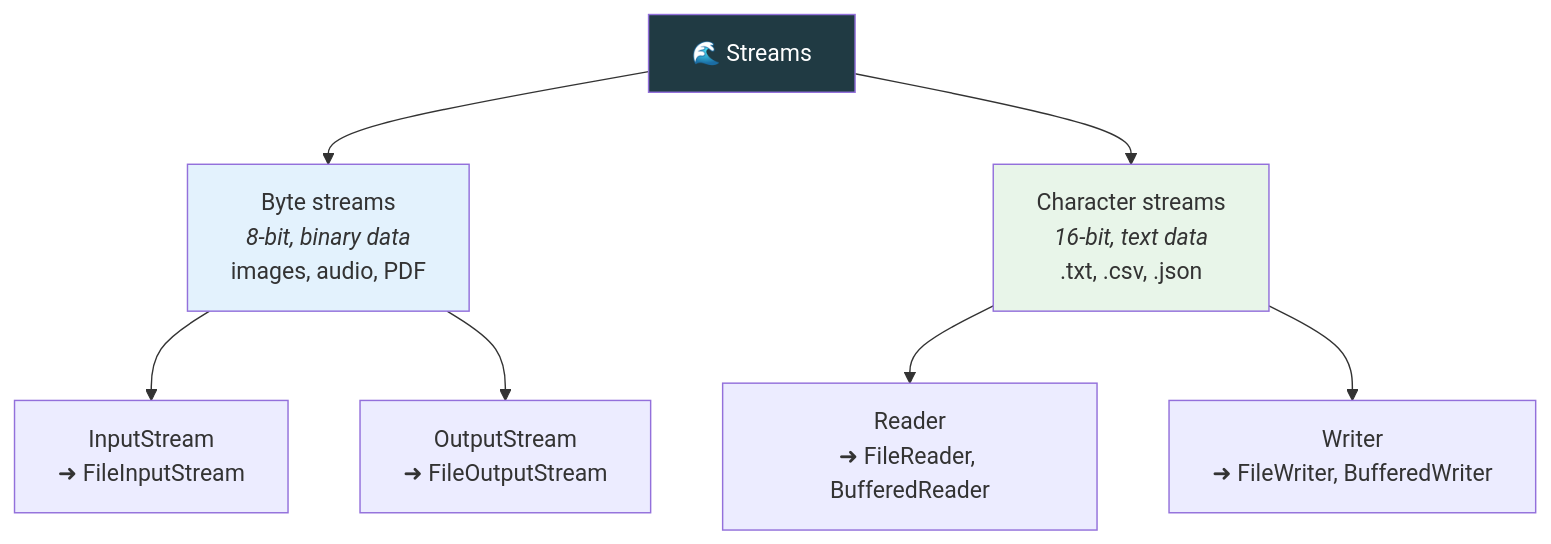
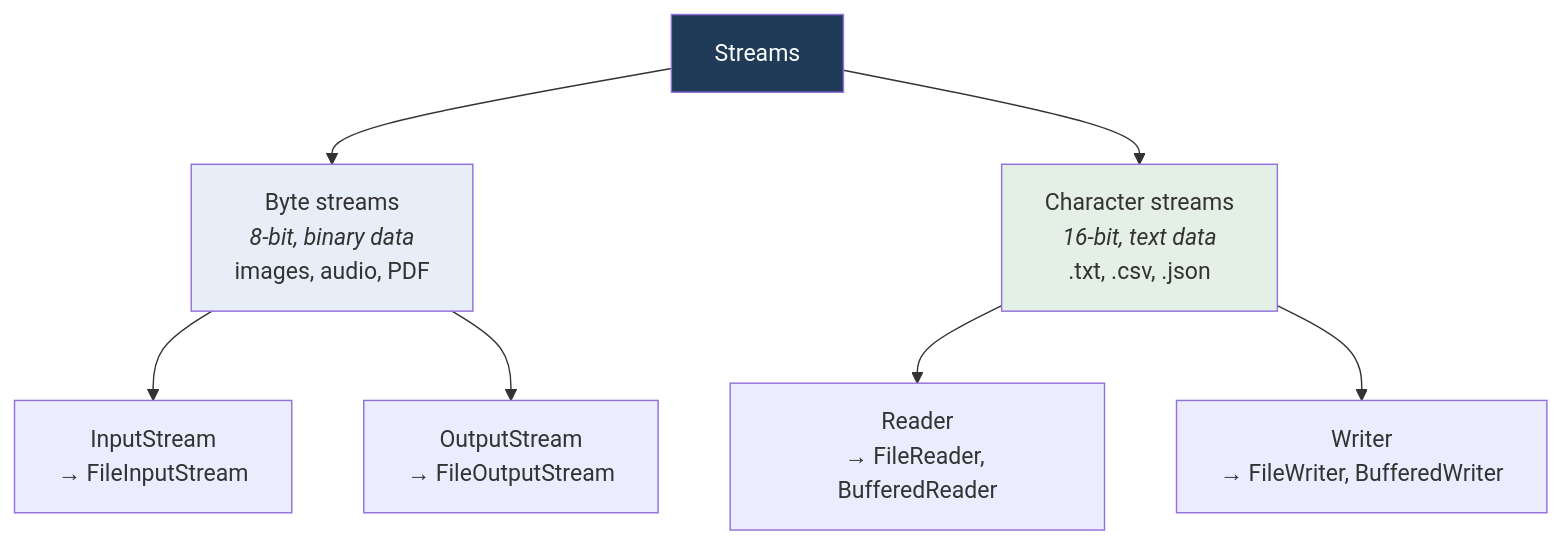
One commit to kundankumarsharma56/Leaning-Java changed the first of 2 diagrams in src/Theory/10-File-Handling/02-Streams.md. Above: the diagram before and after it, drawn with Mermaid. The commit also changed other lines of this file and 84 other files, not shown here.

````diff
--- a/src/Theory/10-File-Handling/02-Streams.md
+++ b/src/Theory/10-File-Handling/02-Streams.md
@@ -21,12 +21,12 @@
 ```mermaid
 flowchart TD
-    S["🌊 Streams"] --> B["Byte streams<br/><i>8-bit, binary data</i><br/>images, audio, PDF"]
+    S["Streams"] --> B["Byte streams<br/><i>8-bit, binary data</i><br/>images, audio, PDF"]
     S --> C["Character streams<br/><i>16-bit, text data</i><br/>.txt, .csv, .json"]
-    B --> BI["InputStream<br/>➜ FileInputStream"]
-    B --> BO["OutputStream<br/>➜ FileOutputStream"]
-    C --> CI["Reader<br/>➜ FileReader, BufferedReader"]
-    C --> CO["Writer<br/>➜ FileWriter, BufferedWriter"]
-    style S fill:#203a43,color:#fff
-    style B fill:#e3f2fd
-    style C fill:#e8f5e9
+    B --> BI["InputStream<br/>→ FileInputStream"]
+    B --> BO["OutputStream<br/>→ FileOutputStream"]
+    C --> CI["Reader<br/>→ FileReader, BufferedReader"]
+    C --> CO["Writer<br/>→ FileWriter, BufferedWriter"]
+    style S fill:#1f3b57,color:#fff
+    style B fill:#e7eef7
+    style C fill:#e4efe6
 ```
````
